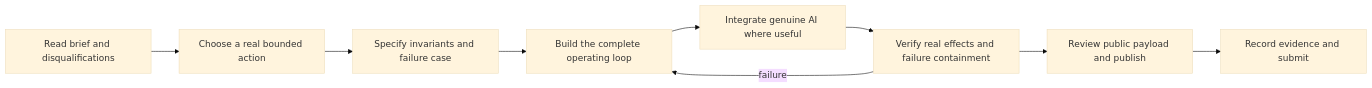
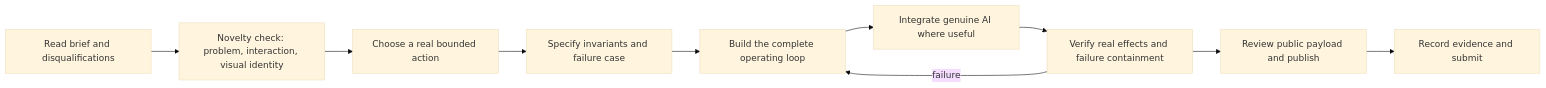
One commit to m7mdd77/rehearse-change-lab changed the diagram in docs/methodology.md. Above: the diagram before and after it, drawn with Mermaid (base theme). The commit also changed other lines of this file and 15 other files, not shown here.

````diff
--- a/docs/methodology.md
+++ b/docs/methodology.md
@@ -5,11 +5,12 @@
 ```mermaid
 flowchart LR
-  A[Read brief and disqualifications] --> B[Choose a real bounded action]
+  A[Read brief and disqualifications] --> N[Novelty check: problem, interaction, visual identity]
+  N --> B[Choose a real bounded action]
   B --> C[Specify invariants and failure case]
   C --> D[Build the complete operating loop]
   D --> E[Integrate genuine AI where useful]
   E --> F[Verify real effects and failure containment]
   F --> G[Review public payload and publish]
   G --> H[Record evidence and submit]
   F -->|failure| D
 ```
````
